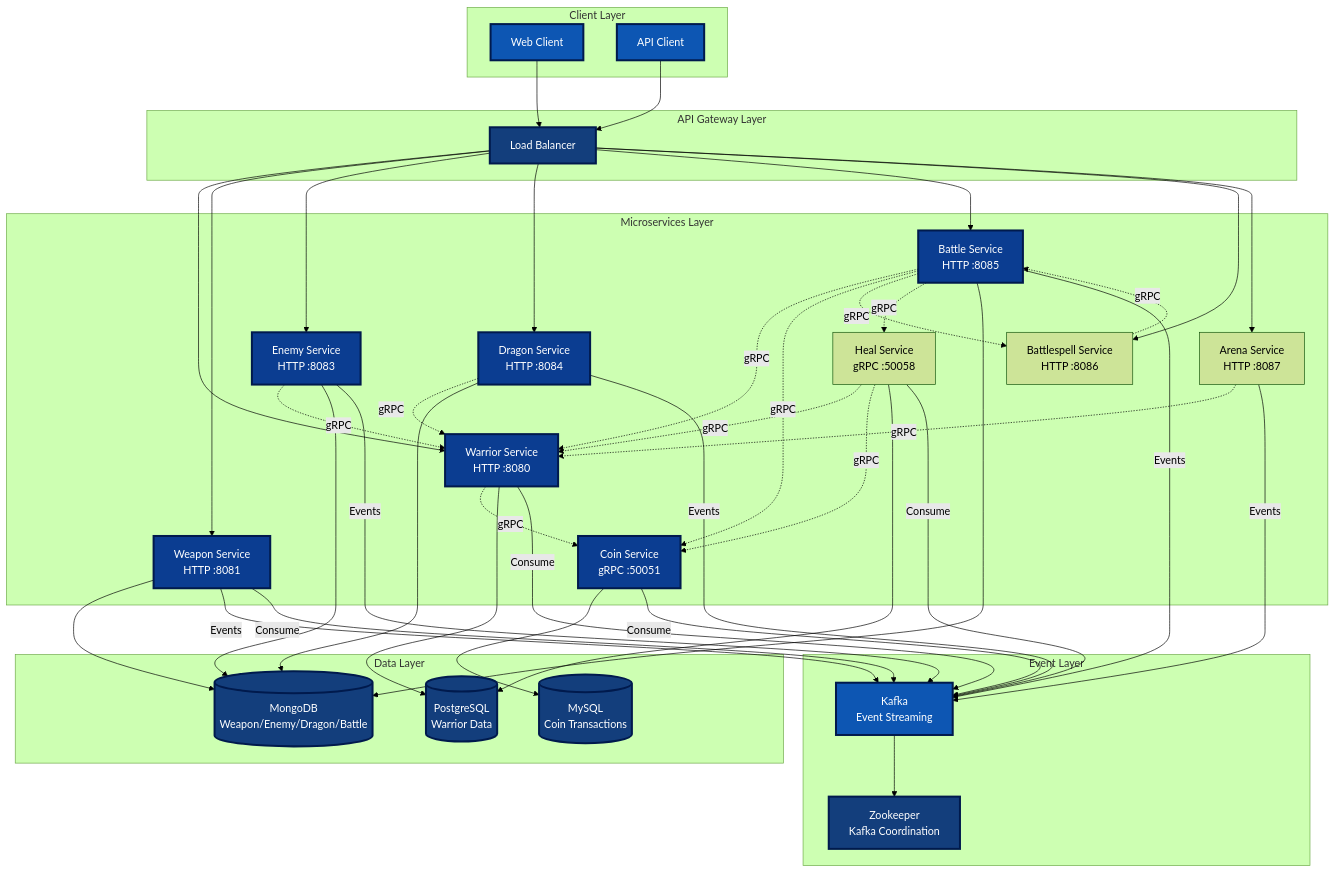
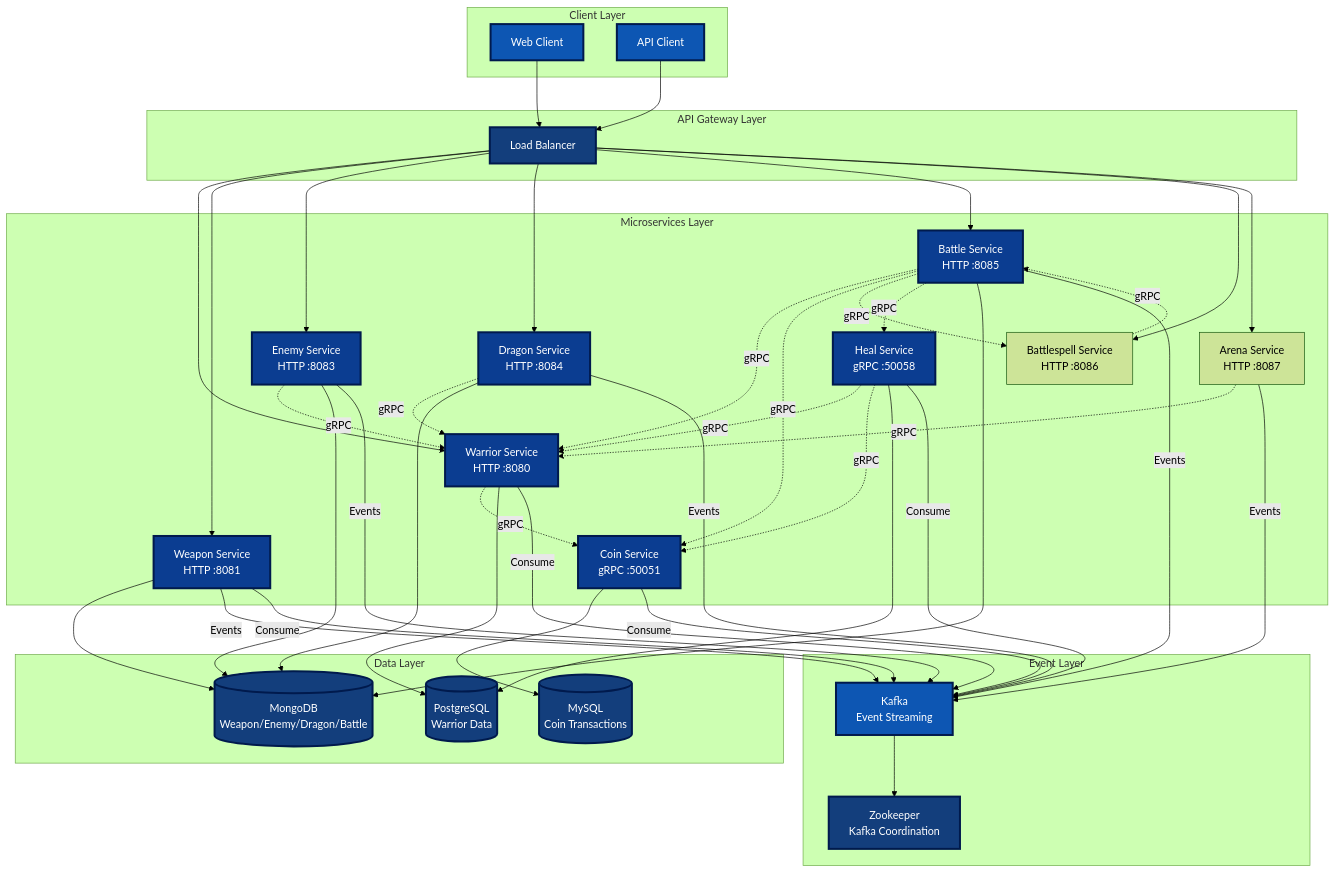
Before and after one commit to tiraten-bot/network-sec-micro: the first of 29 diagrams in README.md, drawn with Mermaid (forest theme). The commit also changed other lines of this file, not shown here.

Commit message:
Update README.md to include new style for node H and additional node C5 in workflow diagrams

```diff
--- a/README.md
+++ b/README.md
@@ -89,6 +89,7 @@
     style E fill:#0b3d91,stroke:#001a4d,stroke-width:3px,color:#ffffff
     style D fill:#0b3d91,stroke:#001a4d,stroke-width:3px,color:#ffffff
     style B fill:#0b3d91,stroke:#001a4d,stroke-width:3px,color:#ffffff
+    style H fill:#0b3d91,stroke:#001a4d,stroke-width:3px,color:#ffffff
     style PG fill:#133e7c,stroke:#001a4d,stroke-width:3px,color:#ffffff
     style MG fill:#133e7c,stroke:#001a4d,stroke-width:3px,color:#ffffff
     style MY fill:#133e7c,stroke:#001a4d,stroke-width:3px,color:#ffffff
```
